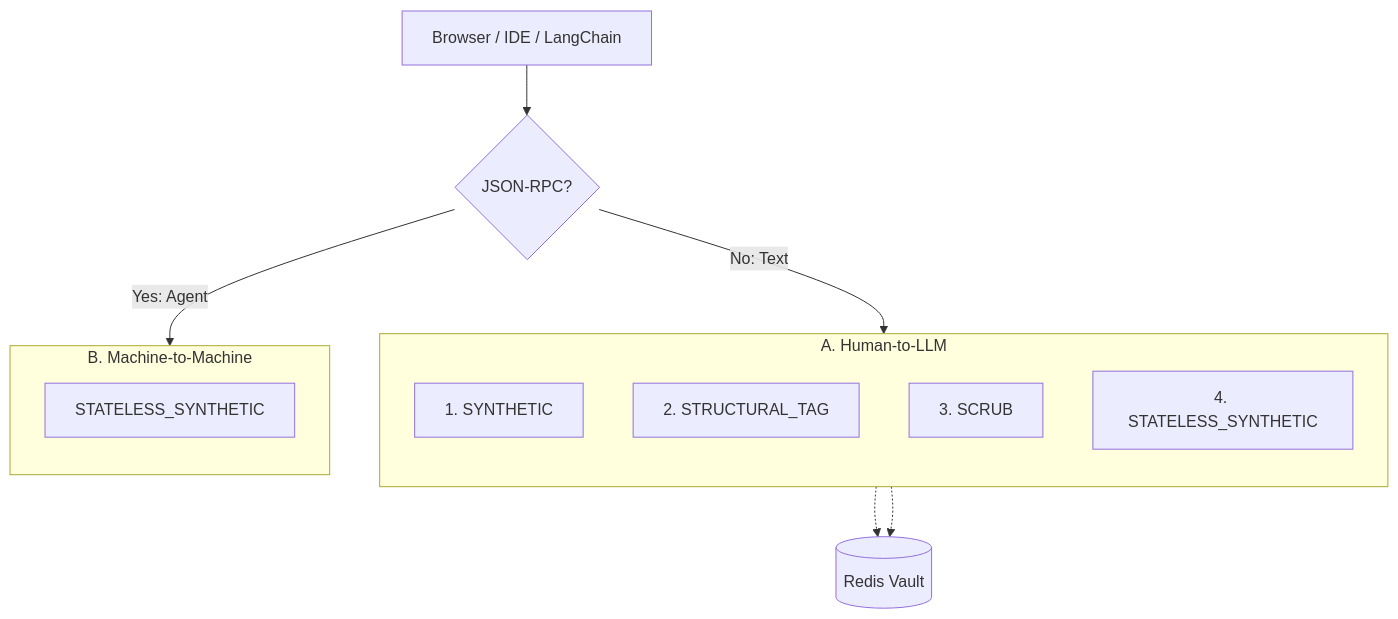
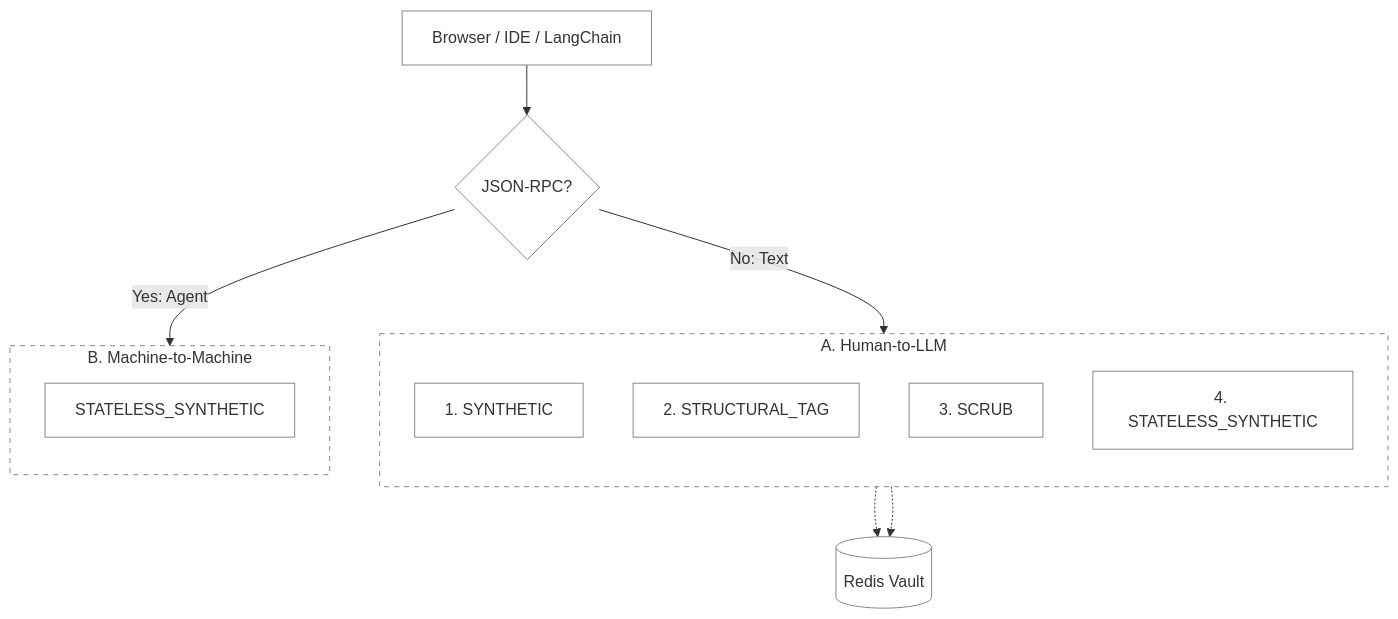
One commit to ninadphalak/LLM-Shield-Proxy changed the first of 2 diagrams in README.md. Above: the diagram before and after it, drawn with Mermaid. The commit also changed other lines of this file and 1 other file, not shown here.

Commit message:
docs: force diagram backgrounds transparent and restore TD layouts

````diff
--- a/README.md
+++ b/README.md
@@ -38,23 +38,28 @@
 ```mermaid
 flowchart TD
+    classDef default fill:transparent,stroke:#888,stroke-width:1px
+
     Client["Browser / IDE / LangChain"] --> Router{"JSON-RPC?"}
     
     Router -->|No: Text| SubA
     Router -->|Yes: Agent| SubB
     
     subgraph SubA [A. Human-to-LLM]
         direction TB
         Syn["1. SYNTHETIC"]
         Tag["2. STRUCTURAL_TAG"]
         Scrub["3. SCRUB"]
         CryptoA["4. STATELESS_SYNTHETIC"]
     end
 
     subgraph SubB [B. Machine-to-Machine]
         direction TB
         CryptoB["STATELESS_SYNTHETIC"]
     end
     
     Syn -.-> Redis[(Redis Vault)]
     Tag -.-> Redis
+
+    style SubA fill:transparent,stroke:#888,stroke-width:1px,stroke-dasharray: 5 5
+    style SubB fill:transparent,stroke:#888,stroke-width:1px,stroke-dasharray: 5 5
 ```
````
